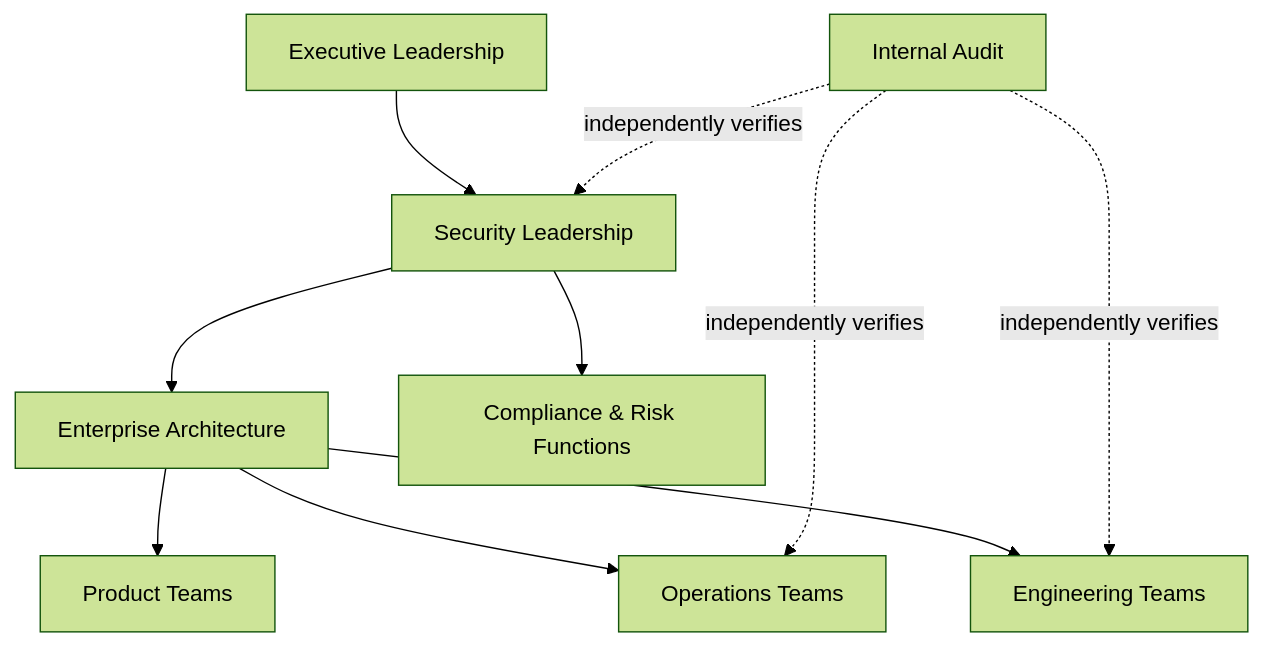
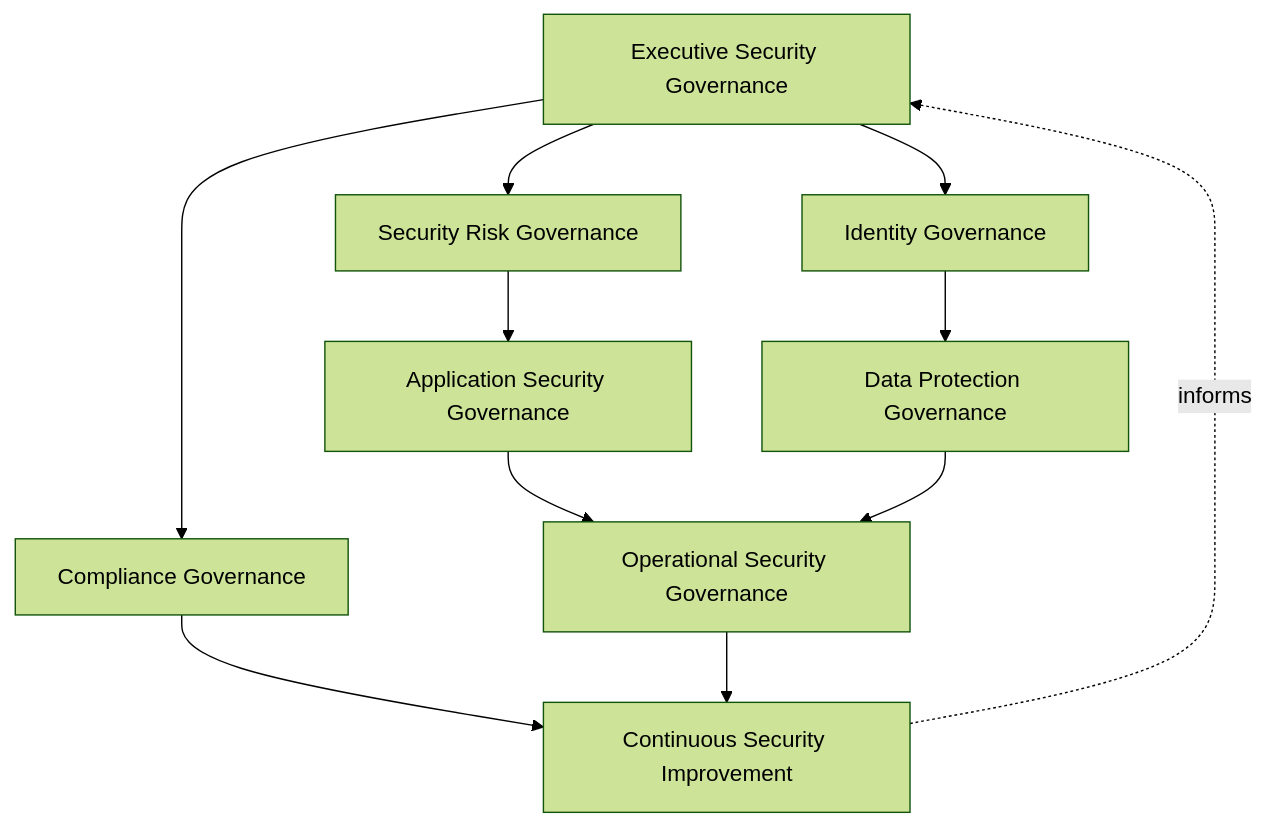
One commit to MojammelJoy/StackLeo-Tech-Store changed the second of 6 diagrams in 06_Security/security-governance.md. Above: the diagram before and after it, drawn with Mermaid (forest theme). The commit also changed other lines of this file and 37 other files, not shown here.

````diff
--- a/06_Security/security-governance.md
+++ b/06_Security/security-governance.md
@@ -101,12 +185,13 @@
 ```mermaid
 flowchart TD
-    Exec3[Executive Leadership] --> SecLead2[Security Leadership]
-    SecLead2 --> EntArch[Enterprise Architecture]
-    SecLead2 --> Compliance3[Compliance & Risk Functions]
-    EntArch --> Engineering3[Engineering Teams]
-    EntArch --> Operations3[Operations Teams]
-    EntArch --> Product2[Product Teams]
-    Audit15[Internal Audit] -.independently verifies.-> Engineering3
-    Audit15 -.independently verifies.-> Operations3
-    Audit15 -.independently verifies.-> SecLead2
+    Exec4[Executive Security Governance] --> RiskGov3[Security Risk Governance]
+    Exec4 --> IdGov[Identity Governance]
+    Exec4 --> CompGov2[Compliance Governance]
+    RiskGov3 --> AppGov[Application Security Governance]
+    IdGov --> DataGov[Data Protection Governance]
+    AppGov --> OpsSecGov[Operational Security Governance]
+    DataGov --> OpsSecGov
+    CompGov2 --> CIGov2[Continuous Security Improvement]
+    OpsSecGov --> CIGov2
+    CIGov2 -.informs.-> Exec4
 ```
````
